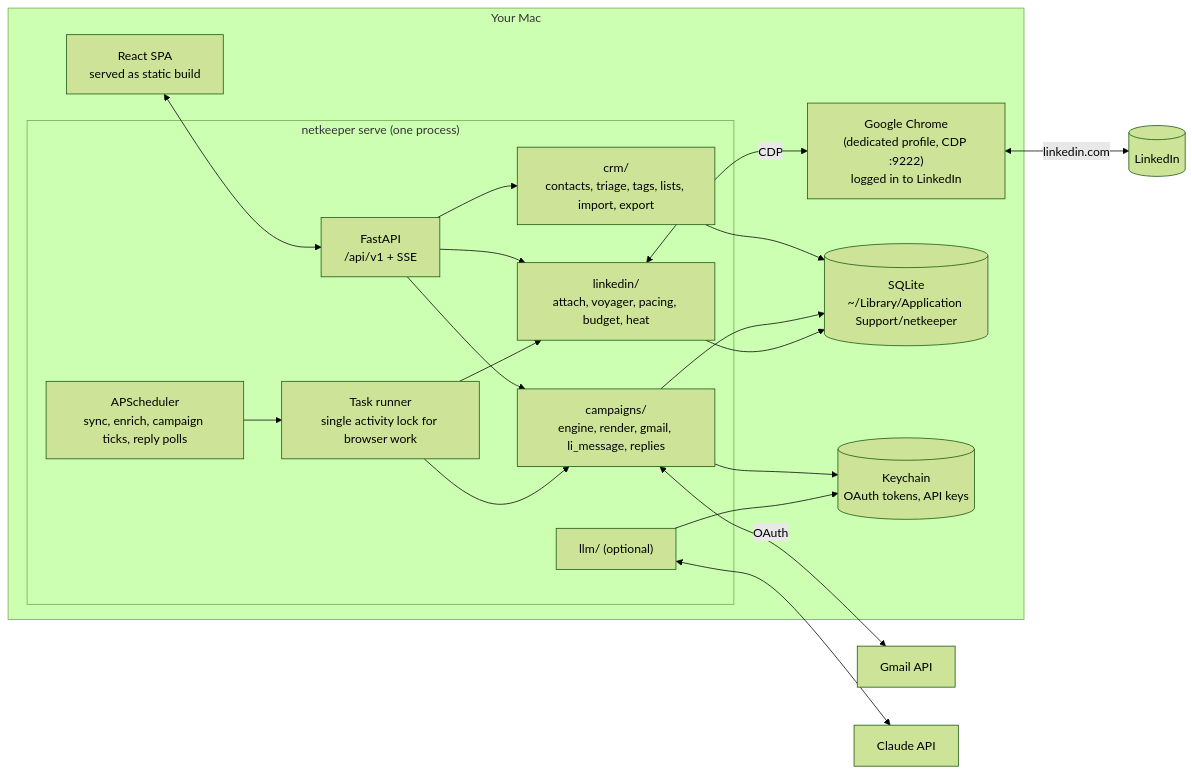
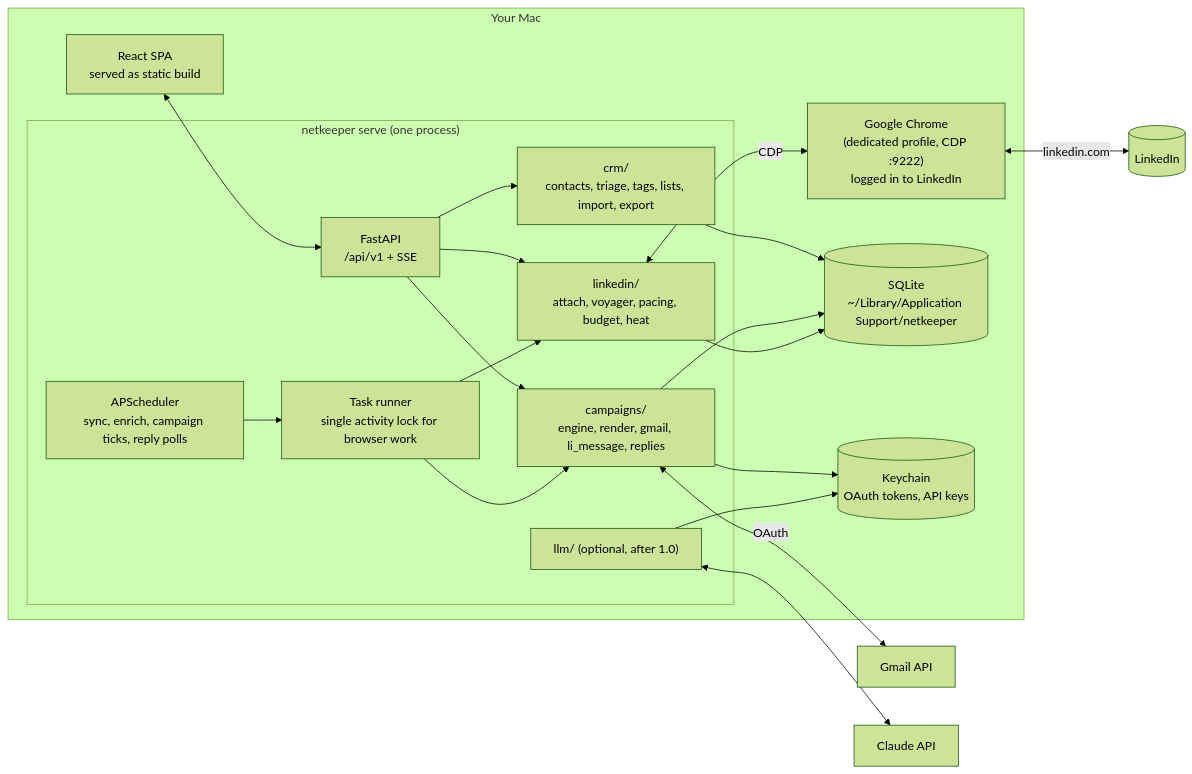
Before and after one commit to dsmorgan/netkeeper: the first of 2 diagrams in docs/architecture.md, drawn with Mermaid (forest theme). The commit also changed other lines of this file and 2 other files, not shown here.

Commit message:
[docs] Defer phase 5 until after 1.0; add phase 7

````diff
--- a/docs/architecture.md
+++ b/docs/architecture.md
@@ -120,29 +120,29 @@
 ```mermaid
 flowchart LR
   subgraph Mac["Your Mac"]
     Chrome["Google Chrome<br/>(dedicated profile, CDP :9222)<br/>logged in to LinkedIn"]
     subgraph Proc["netkeeper serve (one process)"]
       API["FastAPI<br/>/api/v1 + SSE"]
       Sched["APScheduler<br/>sync, enrich, campaign ticks, reply polls"]
       Runner["Task runner<br/>single activity lock for browser work"]
       LI["linkedin/<br/>attach, voyager, pacing, budget, heat"]
       CRM["crm/<br/>contacts, triage, tags, lists, import, export"]
       CAMP["campaigns/<br/>engine, render, gmail, li_message, replies"]
-      LLM["llm/ (optional)"]
+      LLM["llm/ (optional, after 1.0)"]
     end
     UI["React SPA<br/>served as static build"]
     DB[("SQLite<br/>~/Library/Application Support/netkeeper")]
     KC[("Keychain<br/>OAuth tokens, API keys")]
   end
   Gmail["Gmail API"]
   Anthropic["Claude API"]
   UI <--> API
   API --> CRM & CAMP & LI
   Sched --> Runner --> LI & CAMP
   LI <-->|CDP| Chrome
   Chrome <-->|linkedin.com| LinkedIn[("LinkedIn")]
   CAMP <-->|OAuth| Gmail
   LLM <--> Anthropic
   CRM & CAMP & LI --> DB
   CAMP & LLM --> KC
 ```
````
